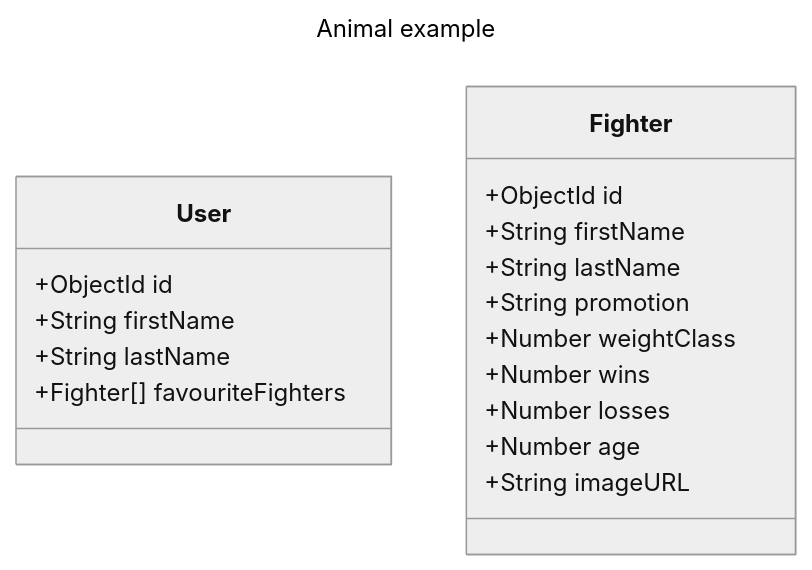
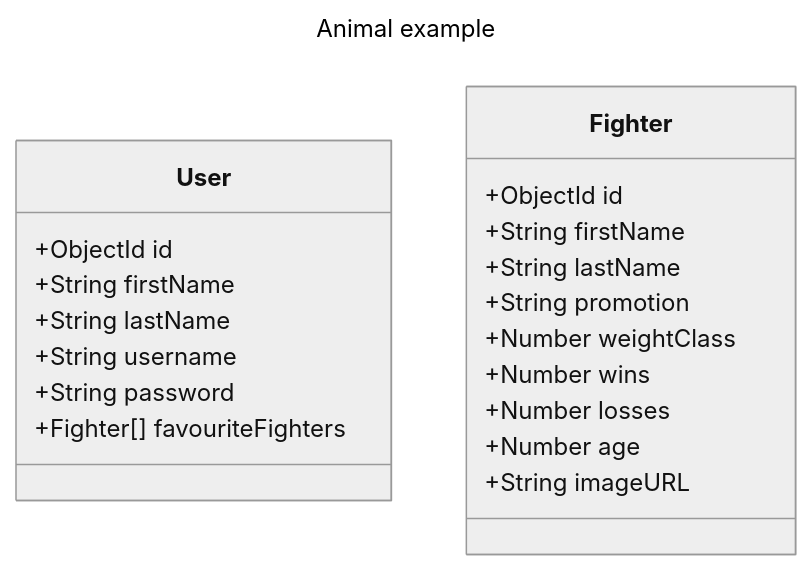
The diagram in documentation/data.md (daveborrel/octagon_oracle), drawn with Mermaid (neutral theme) before and after one commit. The commit also changed 7 other files, not shown here.

````diff
--- a/documentation/data.md
+++ b/documentation/data.md
@@ -7,23 +7,25 @@
 ```mermaid
 ---
 title: Animal example
 ---
 classDiagram
     class User{
         +ObjectId id
         +String firstName
         +String lastName
+        +String username
+        +String password
         +Fighter[] favouriteFighters
     }
     class Fighter{
         +ObjectId id
         +String firstName
         +String lastName
         +String promotion
         +Number weightClass
         +Number wins
         +Number losses
         +Number age
         +String imageURL
     }
 ```
````
